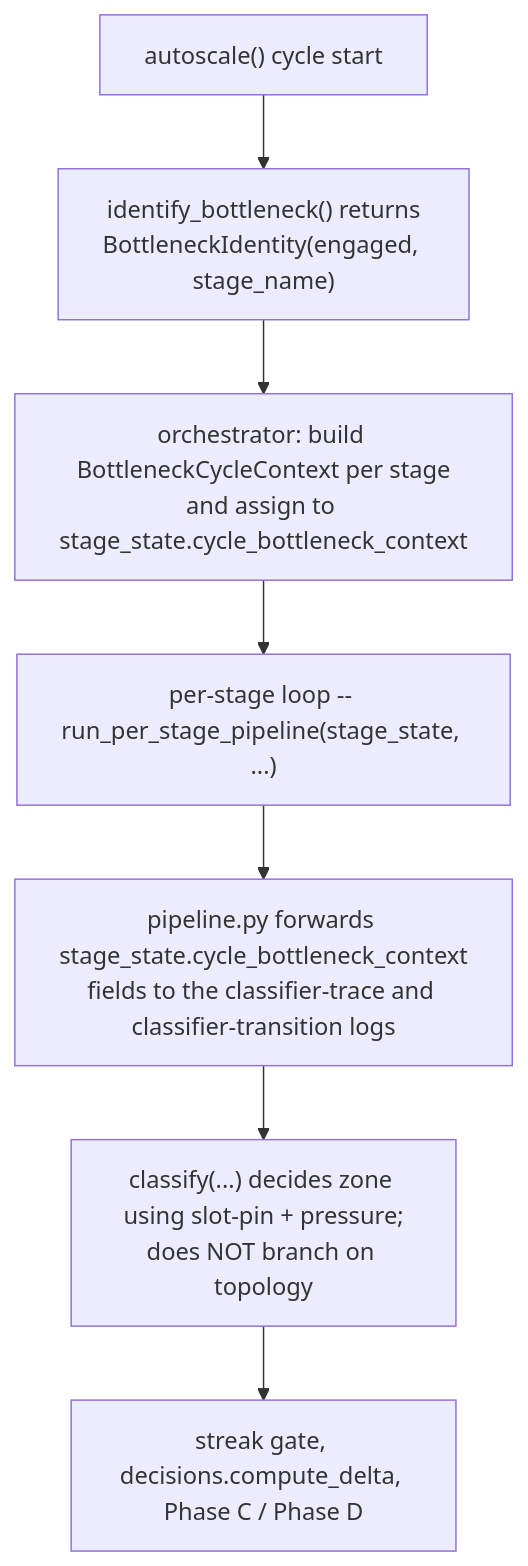
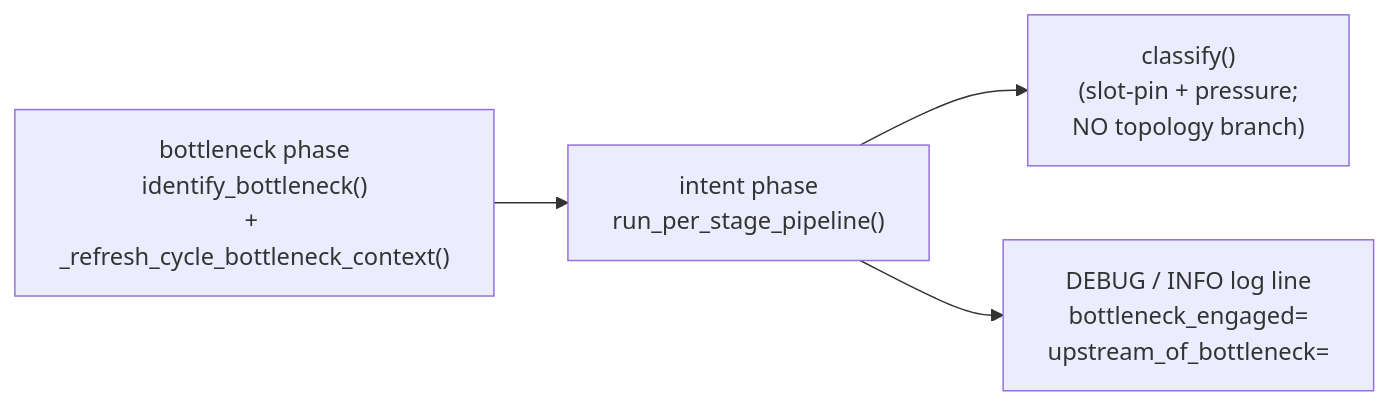
Before and after one commit to nvidia-cosmos/cosmos-xenna: the diagram in docs/scheduler/saturation-aware/27-topology-aware-classifier.md, drawn with Mermaid. The commit also changed other lines of this file and 15 other files, not shown here.

````diff
--- a/docs/scheduler/saturation-aware/27-topology-aware-classifier.md
+++ b/docs/scheduler/saturation-aware/27-topology-aware-classifier.md
@@ -123,9 +176,10 @@
 ```mermaid
-flowchart TD
-  A["autoscale() cycle start"] --> B["identify_bottleneck() returns<br/>BottleneckIdentity(engaged, stage_name)"]
-  B --> C["orchestrator: build BottleneckCycleContext per stage<br/>and assign to stage_state.cycle_bottleneck_context"]
-  C --> D["per-stage loop -- run_per_stage_pipeline(stage_state, ...)"]
-  D --> E["pipeline.py forwards stage_state.cycle_bottleneck_context<br/>fields to the classifier-trace and classifier-transition logs"]
-  E --> F["classify(...) decides zone using slot-pin + pressure;<br/>does NOT branch on topology"]
-  F --> G["streak gate, decisions.compute_delta, Phase C / Phase D"]
+flowchart LR
+  bottleneck["bottleneck phase<br/>identify_bottleneck()<br/>+ _refresh_cycle_bottleneck_context()"]
+  intent["intent phase<br/>run_per_stage_pipeline()"]
+  classify["classify()<br/>(slot-pin + pressure;<br/>NO topology branch)"]
+  log["DEBUG / INFO log line<br/>bottleneck_engaged=<br/>upstream_of_bottleneck="]
+  bottleneck --> intent
+  intent --> classify
+  intent --> log
 ```
````
